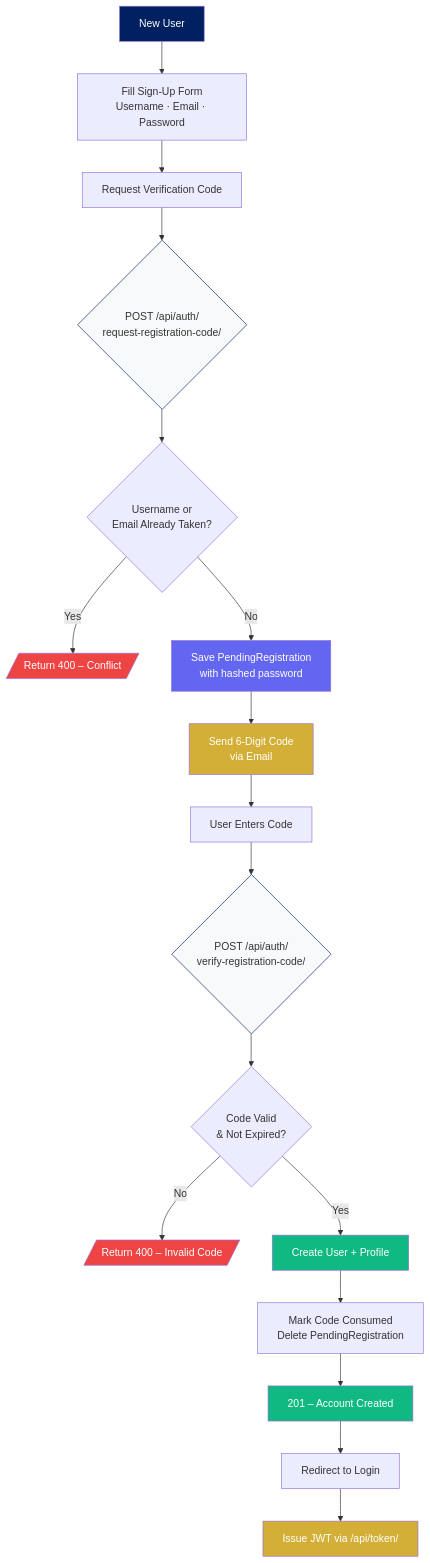
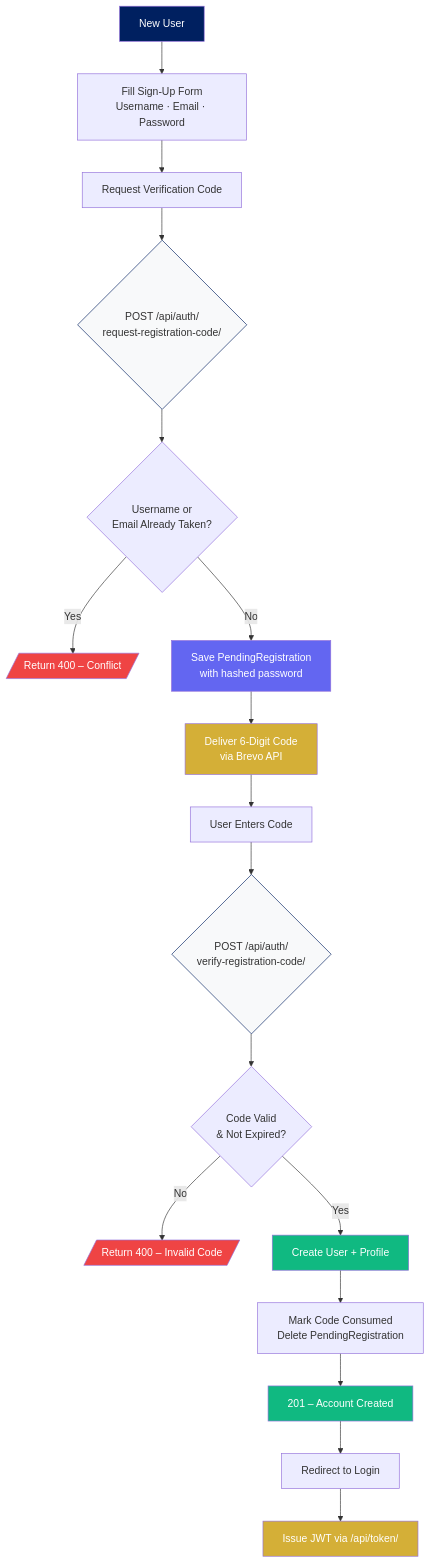
Before and after one commit to binssente-crypto/PAYROLL-DOCUMENTATION: diagram 14 of 15 in README.md, drawn with Mermaid. The commit also changed other lines of this file, not shown here.

````diff
--- a/README.md
+++ b/README.md
@@ -719,30 +719,30 @@
 ```mermaid
 flowchart TD
     VISITOR[New User] --> FORM[Fill Sign-Up Form\nUsername · Email · Password]
     FORM --> SEND[Request Verification Code]
     SEND --> API{POST /api/auth/\nrequest-registration-code/}
     API --> EXIST{Username or\nEmail Already Taken?}
     EXIST -- Yes --> ERR1[/Return 400 – Conflict/]
     EXIST -- No --> PEND[Save PendingRegistration\nwith hashed password]
-    PEND --> EMAIL[Send 6-Digit Code\nvia Email]
+    PEND --> EMAIL[Deliver 6-Digit Code\nvia Brevo API]
     EMAIL --> STEP2[User Enters Code]
     STEP2 --> VERIFY{POST /api/auth/\nverify-registration-code/}
     VERIFY --> CODE{Code Valid\n& Not Expired?}
     CODE -- No --> ERR2[/Return 400 – Invalid Code/]
     CODE -- Yes --> CREATE[Create User + Profile]
     CREATE --> CONSUME[Mark Code Consumed\nDelete PendingRegistration]
     CONSUME --> DONE[201 – Account Created]
     DONE --> LOGIN[Redirect to Login]
     LOGIN --> JWT[Issue JWT via /api/token/]
 
     style VISITOR fill:#002060,color:#fff
     style PEND fill:#6366f1,color:#fff
     style EMAIL fill:#D4AF37,color:#fff
     style CREATE fill:#10b981,color:#fff
     style DONE fill:#10b981,color:#fff
     style ERR1 fill:#ef4444,color:#fff
     style ERR2 fill:#ef4444,color:#fff
     style JWT fill:#D4AF37,color:#fff
     style API fill:#f8f9fa,stroke:#002060
     style VERIFY fill:#f8f9fa,stroke:#002060
 ```
````
